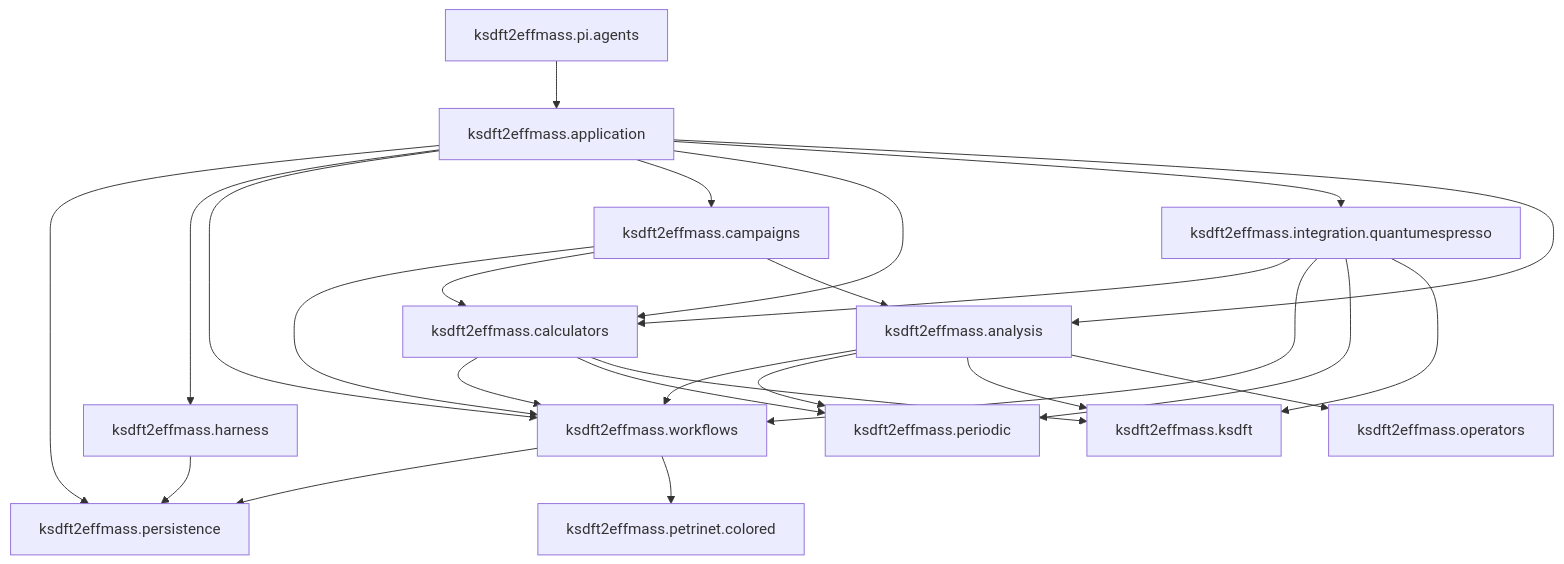
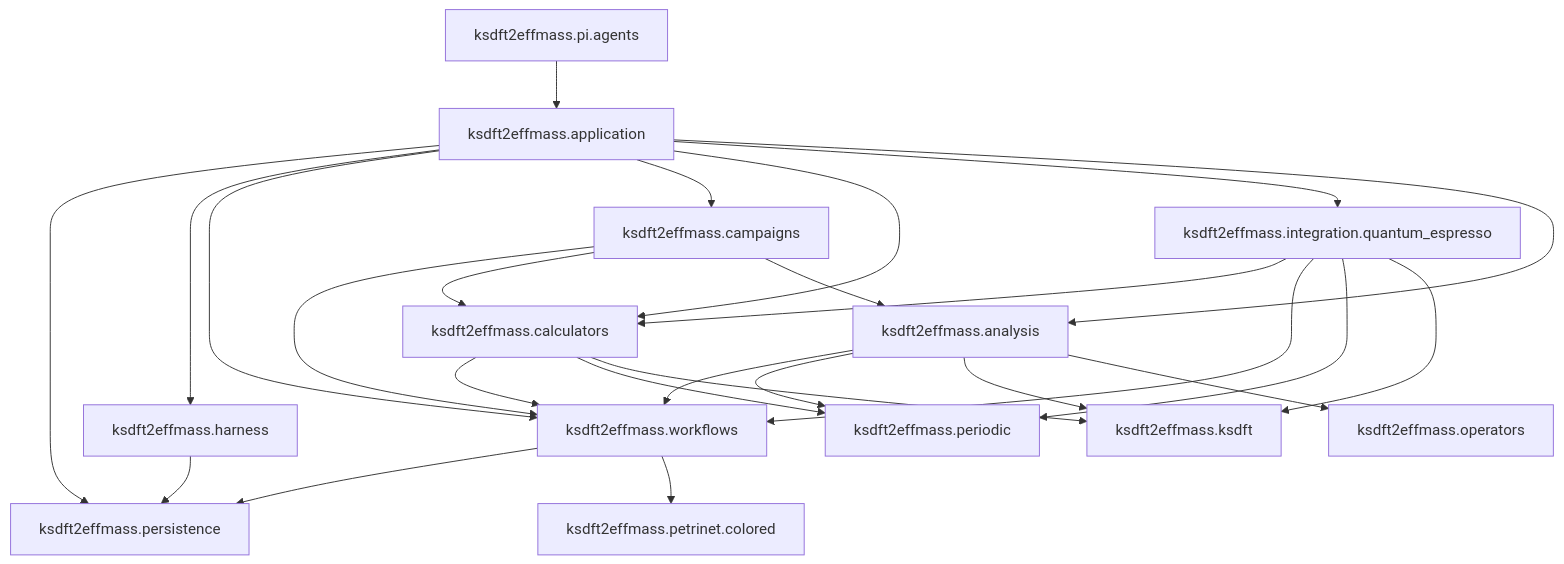
One commit to eragasa/ksdft2effmass changed the diagram in docs/architecture/v2/repository-layout.md. Above: the diagram before and after it, drawn with Mermaid. The commit also changed other lines of this file and 119 other files, not shown here.

Commit message:
Complete Quantum ESPRESSO integration boundary

````diff
--- a/docs/architecture/v2/repository-layout.md
+++ b/docs/architecture/v2/repository-layout.md
@@ -89,30 +89,30 @@
 ```mermaid
 flowchart TD
     persistence["ksdft2effmass.persistence"]
     campaigns["ksdft2effmass.campaigns"] --> workflows["ksdft2effmass.workflows"]
     campaigns --> calculators["ksdft2effmass.calculators"]
     campaigns --> analysis["ksdft2effmass.analysis"]
     harness["ksdft2effmass.harness"] --> persistence
     workflows --> persistence
     workflows --> petrinet["ksdft2effmass.petrinet.colored"]
     calculators --> workflows
     calculators --> periodic["ksdft2effmass.periodic"]
     calculators --> ksdft["ksdft2effmass.ksdft"]
-    integration["ksdft2effmass.integration.quantumespresso"] --> calculators
+    integration["ksdft2effmass.integration.quantum_espresso"] --> calculators
     integration --> workflows
     integration --> periodic
     integration --> ksdft
     pi_agents["ksdft2effmass.pi.agents"] --> composition
     operators["ksdft2effmass.operators"]
     analysis --> workflows
     analysis --> periodic
     analysis --> ksdft
     analysis --> operators
     composition["ksdft2effmass.application"] --> persistence
     composition --> harness
     composition --> workflows
     composition --> campaigns
     composition --> calculators
     composition --> integration
     composition --> analysis
 ```
````
